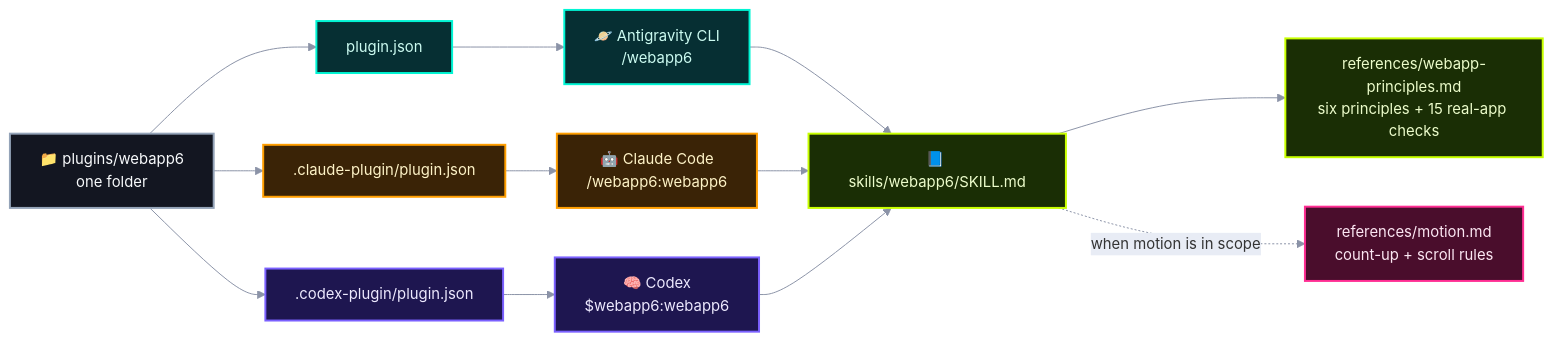
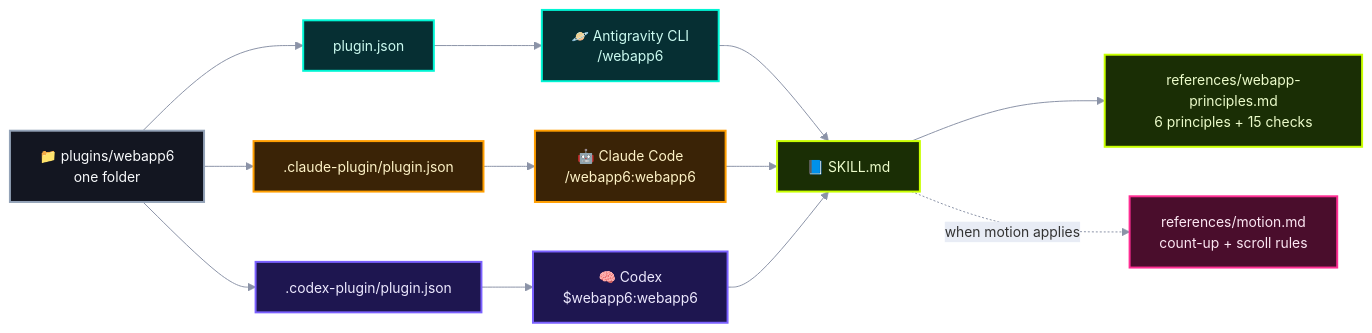
The first of 3 diagrams in README.md (Technoetic/webapp6), drawn with Mermaid before and after one commit. The commit also changed other lines of this file and 59 other files, not shown here.

````diff
--- a/README.md
+++ b/README.md
@@ -48,20 +46,20 @@
 ```mermaid
-%%{init: {'layout': 'dagre', 'theme': 'base', 'themeVariables': {'lineColor': '#8B93A7', 'edgeLabelBackground': '#E8ECF5', 'fontSize': '15px'}}}%%
+%%{init: {'layout': 'dagre', 'theme': 'base', 'themeVariables': {'lineColor': '#8B93A7', 'edgeLabelBackground': '#E8ECF5', 'fontSize': '14px'}}}%%
 flowchart LR
     accTitle: One plugin folder, three hosts
-    accDescr: plugins/webapp6 holds plugin.json for Antigravity CLI (/webapp6), .claude-plugin/plugin.json for Claude Code (/webapp6:webapp6) and .codex-plugin/plugin.json for Codex ($webapp6:webapp6). All three lead to skills/webapp6/SKILL.md, which points to references/webapp-principles.md and, when motion is in scope, references/motion.md.
+    accDescr: plugins/webapp6 holds manifests for Antigravity CLI, Claude Code, and Codex. All three load skills/webapp6/SKILL.md, which points to references/webapp-principles.md and optionally references/motion.md.
     SRC["📁 plugins/webapp6<br/>one folder"]:::src
     SRC --> AGM["plugin.json"]:::cyan --> AG["🪐 Antigravity CLI<br/>/webapp6"]:::cyan
     SRC --> CCM[".claude-plugin/plugin.json"]:::amber --> CC["🤖 Claude Code<br/>/webapp6:webapp6"]:::amber
     SRC --> CXM[".codex-plugin/plugin.json"]:::violet --> CX["🧠 Codex<br/>$webapp6:webapp6"]:::violet
-    AG & CC & CX --> SK["📘 skills/webapp6/SKILL.md"]:::lime
-    SK --> GUIDE["references/webapp-principles.md<br/>six principles + 15 real-app checks"]:::lime
-    SK -. "when motion is in scope" .-> MOTION["references/motion.md<br/>count-up + scroll rules"]:::magenta
+    AG & CC & CX --> SK["📘 SKILL.md"]:::lime
+    SK --> GUIDE["references/webapp-principles.md<br/>6 principles + 15 checks"]:::lime
+    SK -. "when motion applies" .-> MOTION["references/motion.md<br/>count-up + scroll rules"]:::magenta
 
     classDef src fill:#131621,stroke:#94A3B8,color:#F8FAFC,stroke-width:2px
     classDef cyan fill:#062F33,stroke:#00F5D4,color:#CCFBF1,stroke-width:2px
     classDef amber fill:#3A2306,stroke:#FF9E00,color:#FEF3C7,stroke-width:2px
     classDef violet fill:#1E1650,stroke:#7B61FF,color:#EDE9FE,stroke-width:2px
     classDef lime fill:#1A2E05,stroke:#C8FF00,color:#ECFCCB,stroke-width:2px
     classDef magenta fill:#4A0D2C,stroke:#FF2E93,color:#FCE7F3,stroke-width:2px
 ```
````
